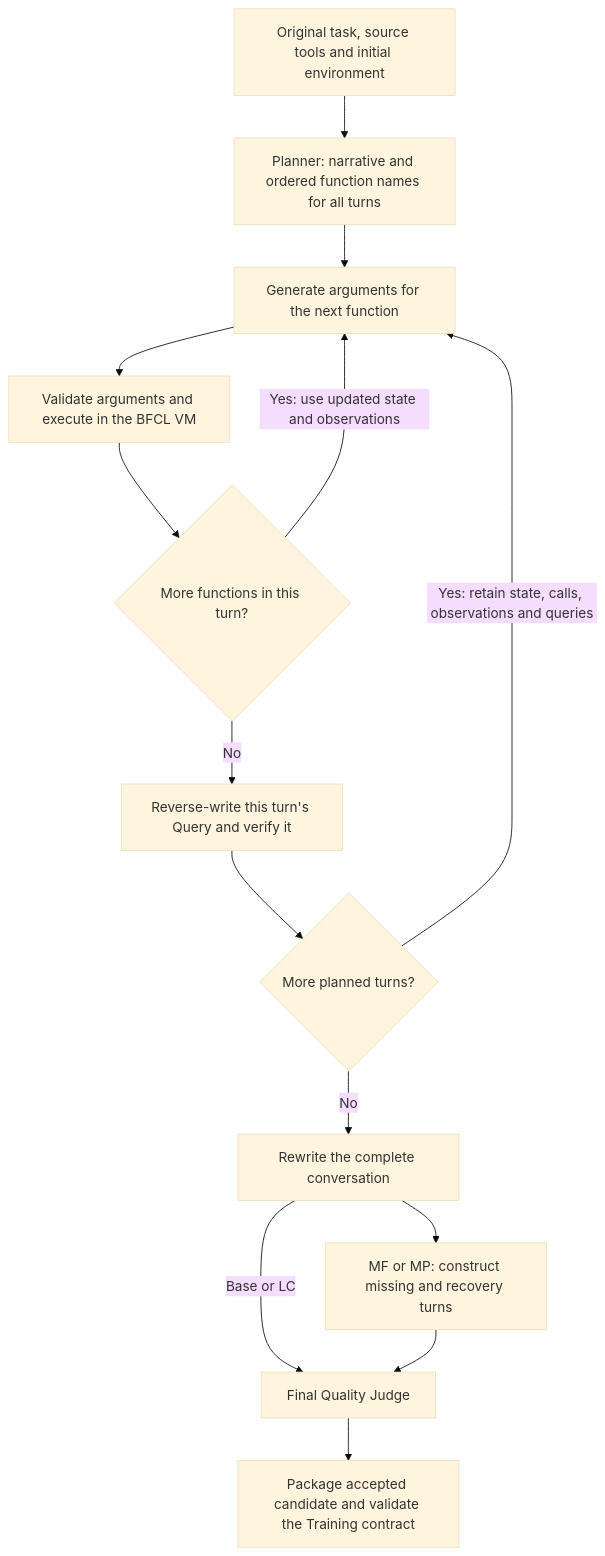
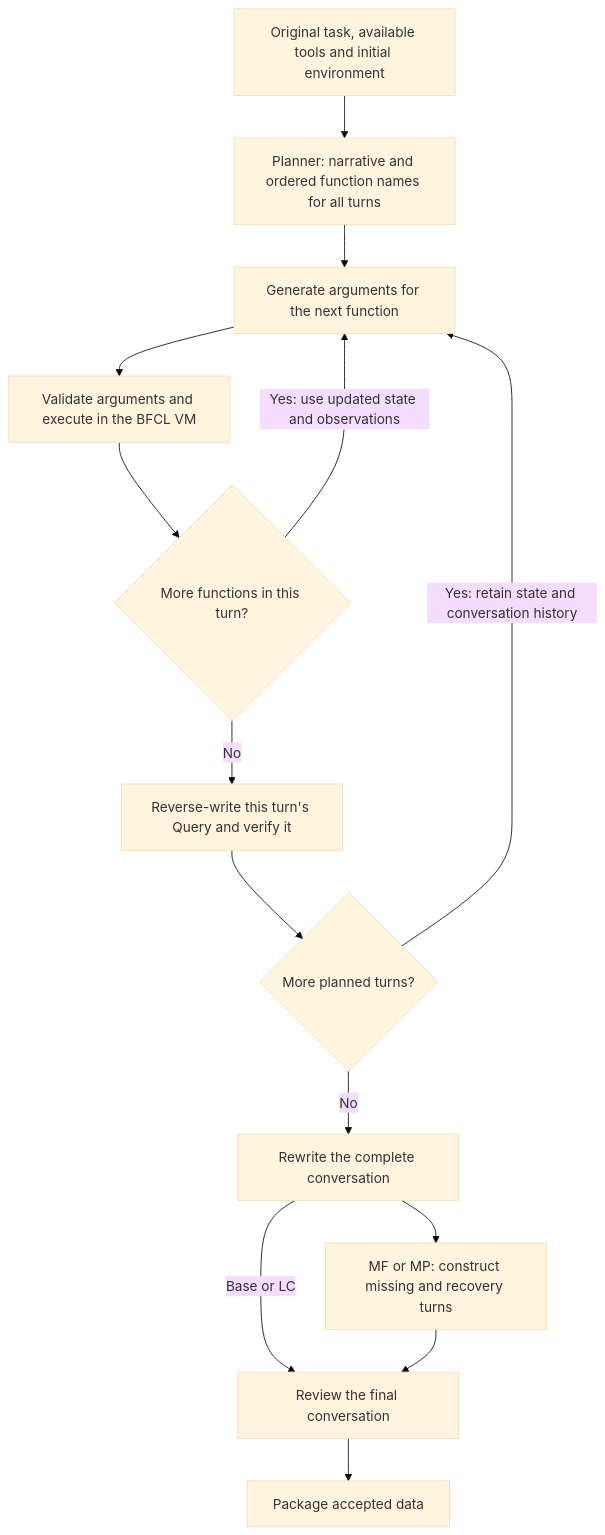
The diagram in docs/codex-data-synthesis.md (Muradil-mamat-211/ToolWeave), drawn with Mermaid (base theme) before and after one commit. The commit also changed other lines of this file and 3 other files, not shown here.

````diff
--- a/docs/codex-data-synthesis.md
+++ b/docs/codex-data-synthesis.md
@@ -25,16 +15,16 @@
 ```mermaid
 flowchart TD
-    S[Original task, source tools and initial environment] --> P[Planner: narrative and ordered function names for all turns]
+    S[Original task, available tools and initial environment] --> P[Planner: narrative and ordered function names for all turns]
     P --> A[Generate arguments for the next function]
     A --> V[Validate arguments and execute in the BFCL VM]
     V --> F{More functions in this turn?}
     F -->|Yes: use updated state and observations| A
     F -->|No| Q[Reverse-write this turn's Query and verify it]
     Q --> T{More planned turns?}
-    T -->|Yes: retain state, calls, observations and queries| A
+    T -->|Yes: retain state and conversation history| A
     T -->|No| W[Rewrite the complete conversation]
     W --> M[MF or MP: construct missing and recovery turns]
-    W -->|Base or LC| J[Final Quality Judge]
+    W -->|Base or LC| J[Review the final conversation]
     M --> J
-    J --> C[Package accepted candidate and validate the Training contract]
+    J --> C[Package accepted data]
 ```
````
